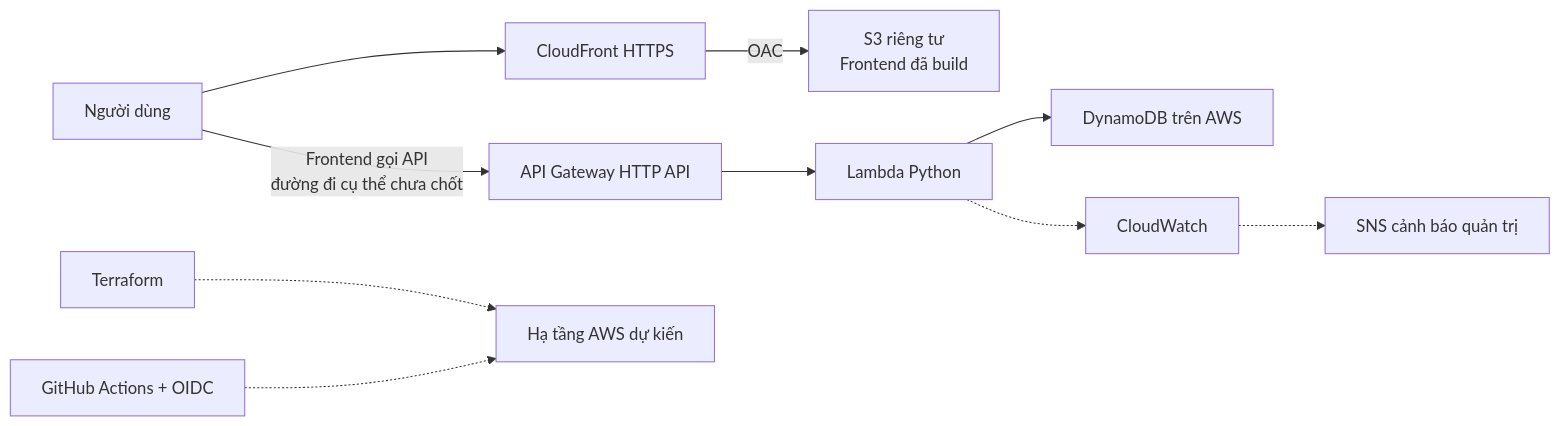
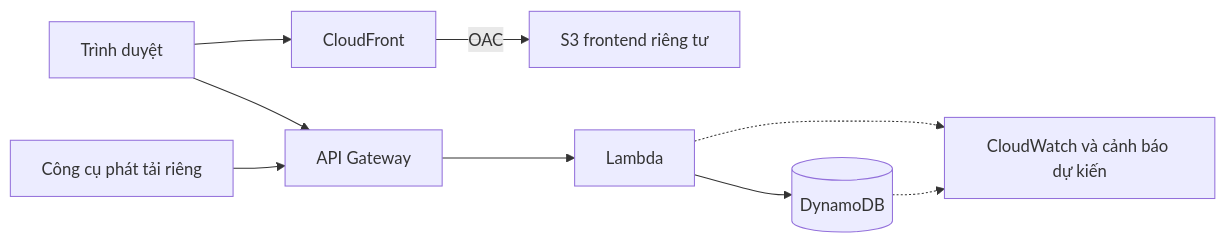
One commit to leanhquan0211/FCAJ-23521254-23521225 changed the second of 2 diagrams in phuc-worklog/week-4/23-10.md. Above: the diagram before and after it, drawn with Mermaid. The commit also changed other lines of this file and 9 other files, not shown here.

````diff
--- a/phuc-worklog/week-4/23-10.md
+++ b/phuc-worklog/week-4/23-10.md
@@ -184,12 +200,11 @@
 ```mermaid
 flowchart LR
-    U[Người dùng] --> C[CloudFront HTTPS]
-    C -->|OAC| S[S3 riêng tư\nFrontend đã build]
-    U -->|Frontend gọi API\nđường đi cụ thể chưa chốt| A[API Gateway HTTP API]
-    A --> L[Lambda Python]
-    L --> D[DynamoDB trên AWS]
-    L -.-> W[CloudWatch]
-    W -.-> N[SNS cảnh báo quản trị]
-    T[Terraform] -.-> I[Hạ tầng AWS dự kiến]
-    G[GitHub Actions + OIDC] -.-> I
+    Browser[Trình duyệt] --> CDN[CloudFront]
+    CDN -->|OAC| S3[S3 frontend riêng tư]
+    Browser --> Gateway[API Gateway]
+    Gateway --> Lambda[Lambda]
+    Lambda --> DynamoDB[(DynamoDB)]
+    Lambda -.-> Monitor[CloudWatch và cảnh báo dự kiến]
+    DynamoDB -.-> Monitor
+    Load[Công cụ phát tải riêng] --> Gateway
 ```
````
